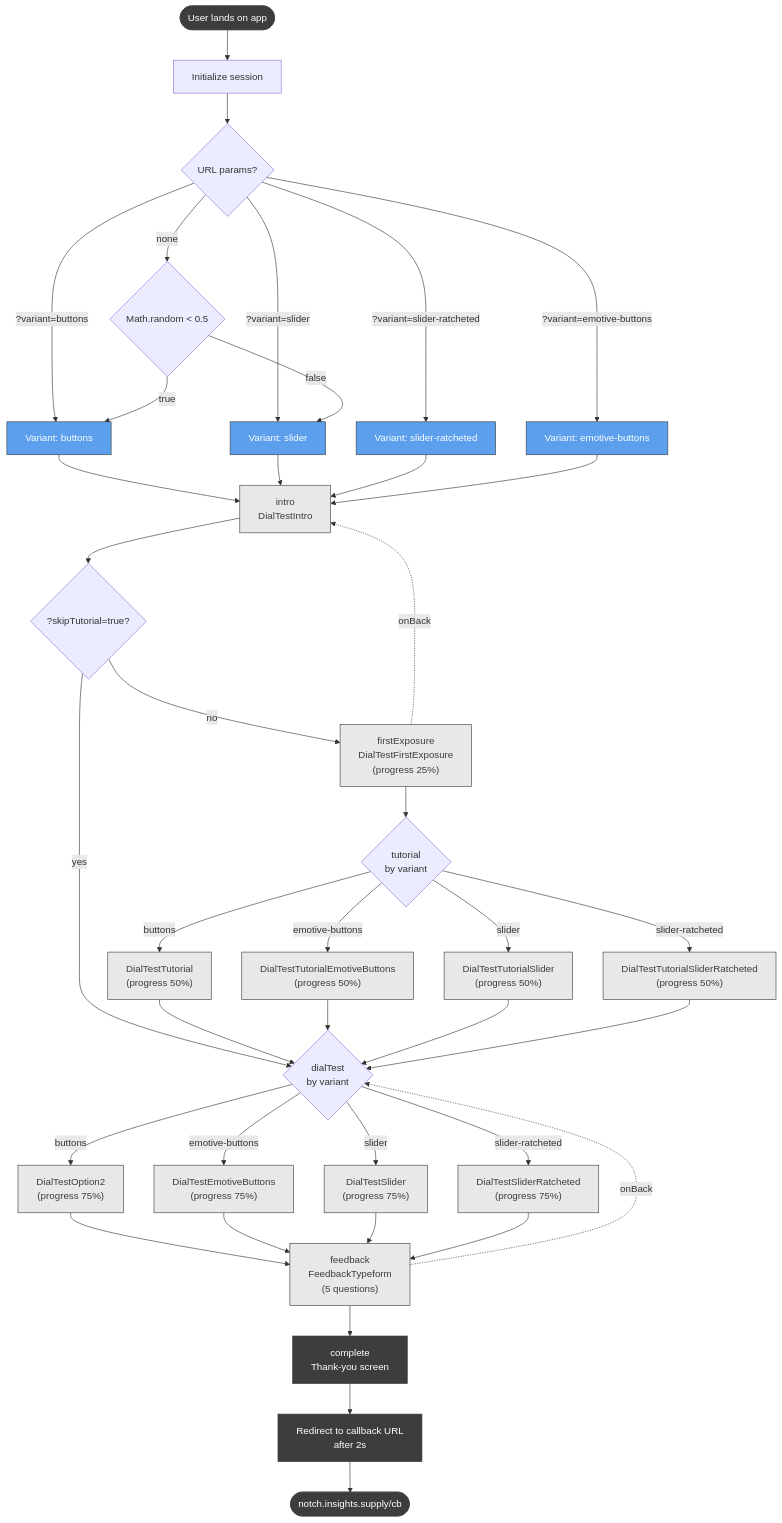
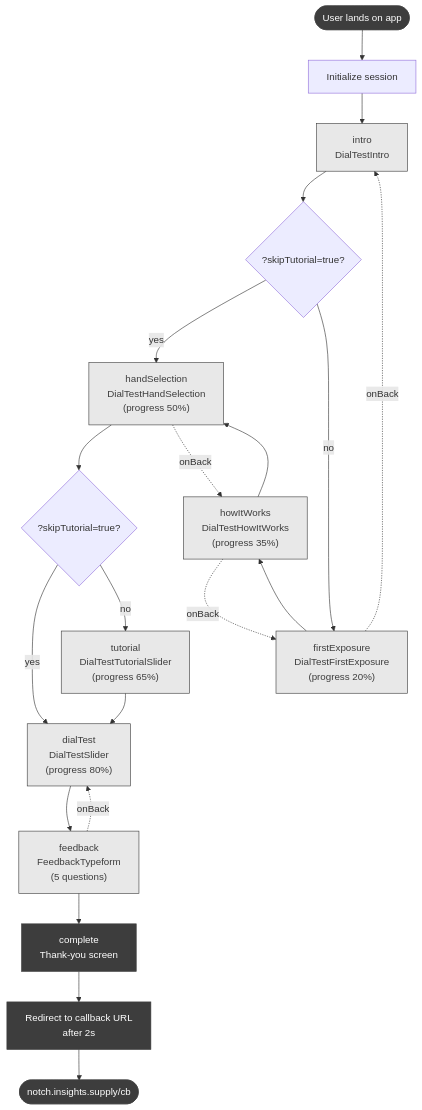
Before and after one commit to zoefrishberg/home-depot-dial-test: the first of 2 diagrams in SCREEN_FLOW.md, drawn with Mermaid. The commit also changed other lines of this file and 2 other files, not shown here.

Commit message:
Refactor screen flow in App component to include 'Hand Selection' step, update progress values, and adjust tutorial logic for improved user experience.

````diff
--- a/SCREEN_FLOW.md
+++ b/SCREEN_FLOW.md
@@ -7,60 +7,35 @@
 ```mermaid
 flowchart TD
     Start([User lands on app]) --> Init[Initialize session]
-    Init --> URL{URL params?}
 
-    URL -->|?variant=buttons| VBtn[Variant: buttons]
-    URL -->|?variant=slider| VSlider[Variant: slider]
-    URL -->|?variant=slider-ratcheted| VRatchet[Variant: slider-ratcheted]
-    URL -->|?variant=emotive-buttons| VEmotive[Variant: emotive-buttons]
-    URL -->|none| Random{Math.random &lt; 0.5}
-    Random -->|true| VBtn
-    Random -->|false| VSlider
+    Init --> Intro["intro<br/>DialTestIntro"]
 
-    VBtn --> Intro
-    VSlider --> Intro
-    VRatchet --> Intro
-    VEmotive --> Intro
+    Intro --> SkipQ{?skipTutorial=true?}
+    SkipQ -->|yes| HandSel
+    SkipQ -->|no| FirstExp["firstExposure<br/>DialTestFirstExposure<br/>(progress 20%)"]
 
-    Intro["intro<br/>DialTestIntro"] --> SkipQ{?skipTutorial=true?}
-    SkipQ -->|yes| DialTest
-    SkipQ -->|no| FirstExp["firstExposure<br/>DialTestFirstExposure<br/>(progress 25%)"]
+    FirstExp --> HowIt["howItWorks<br/>DialTestHowItWorks<br/>(progress 35%)"]
+    HowIt --> HandSel["handSelection<br/>DialTestHandSelection<br/>(progress 50%)"]
 
-    FirstExp --> Tutorial{tutorial<br/>by variant}
+    HandSel --> SkipQ2{?skipTutorial=true?}
+    SkipQ2 -->|yes| DialTest
+    SkipQ2 -->|no| Tutorial["tutorial<br/>DialTestTutorialSlider<br/>(progress 65%)"]
 
-    Tutorial -->|buttons| TutBtn["DialTestTutorial<br/>(progress 50%)"]
-    Tutorial -->|emotive-buttons| TutEmotive["DialTestTutorialEmotiveButtons<br/>(progress 50%)"]
-    Tutorial -->|slider| TutSlider["DialTestTutorialSlider<br/>(progress 50%)"]
-    Tutorial -->|slider-ratcheted| TutRatchet["DialTestTutorialSliderRatcheted<br/>(progress 50%)"]
+    Tutorial --> DialTest["dialTest<br/>DialTestSlider<br/>(progress 80%)"]
 
-    TutBtn --> DialTest
-    TutEmotive --> DialTest
-    TutSlider --> DialTest
-    TutRatchet --> DialTest
+    DialTest --> Feedback["feedback<br/>FeedbackTypeform<br/>(5 questions)"]
 
-    DialTest{dialTest<br/>by variant}
-    DialTest -->|buttons| DTBtn["DialTestOption2<br/>(progress 75%)"]
-    DialTest -->|emotive-buttons| DTEmotive["DialTestEmotiveButtons<br/>(progress 75%)"]
-    DialTest -->|slider| DTSlider["DialTestSlider<br/>(progress 75%)"]
-    DialTest -->|slider-ratcheted| DTRatchet["DialTestSliderRatcheted<br/>(progress 75%)"]
-
-    DTBtn --> Feedback
-    DTEmotive --> Feedback
-    DTSlider --> Feedback
-    DTRatchet --> Feedback
-
-    Feedback["feedback<br/>FeedbackTypeform<br/>(5 questions)"] --> Complete
-
-    Complete["complete<br/>Thank-you screen"] --> Redirect[Redirect to callback URL<br/>after 2s]
+    Feedback --> Complete["complete<br/>Thank-you screen"]
+    Complete --> Redirect[Redirect to callback URL<br/>after 2s]
     Redirect --> End([notch.insights.supply/cb])
 
     Feedback -.onBack.-> DialTest
+    HandSel -.onBack.-> HowIt
+    HowIt -.onBack.-> FirstExp
     FirstExp -.onBack.-> Intro
 
-    classDef variant fill:#5B9FED,color:#fff,stroke:#3D3D3D
     classDef step fill:#E8E8E8,color:#3D3D3D,stroke:#3D3D3D
     classDef terminal fill:#3D3D3D,color:#fff,stroke:#3D3D3D
-    class VBtn,VSlider,VRatchet,VEmotive variant
-    class Intro,FirstExp,TutBtn,TutEmotive,TutSlider,TutRatchet,DTBtn,DTEmotive,DTSlider,DTRatchet,Feedback step
+    class Intro,FirstExp,HowIt,HandSel,Tutorial,DialTest,Feedback step
     class Start,End,Complete,Redirect terminal
 ```
````
